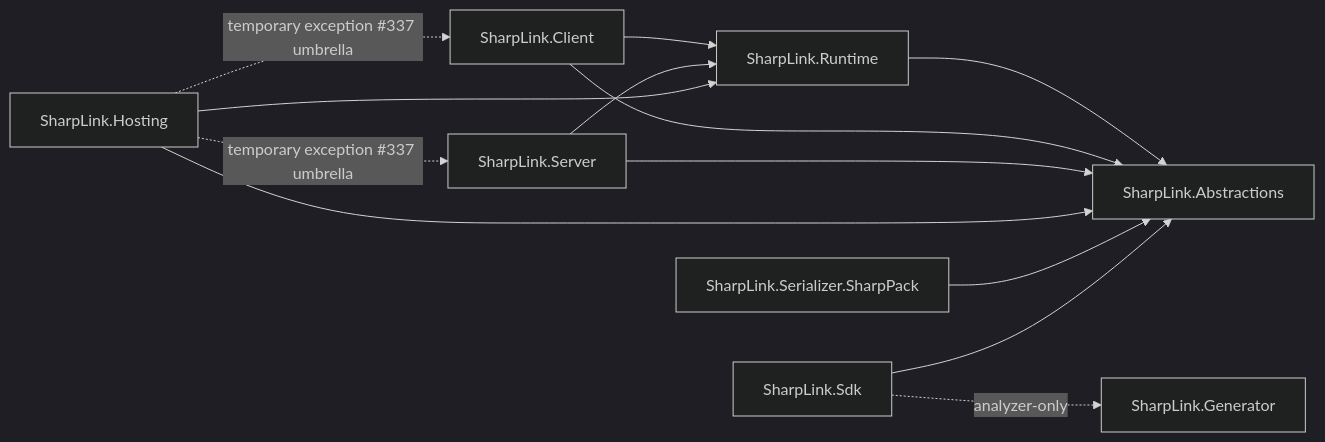
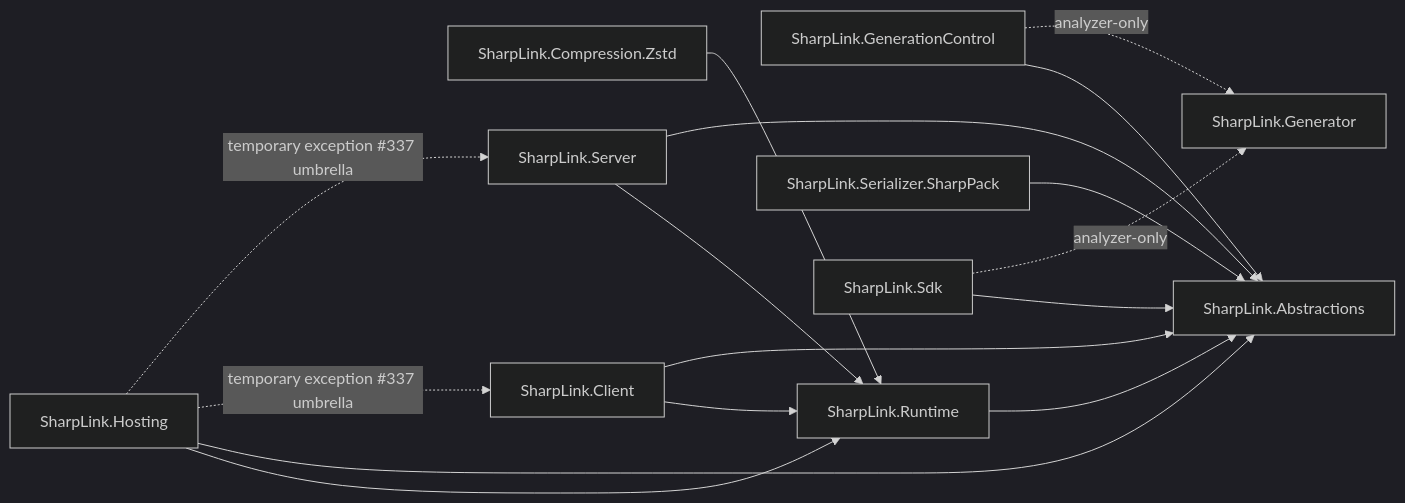
Before and after one commit to SunSi12138/SharpLink: the diagram in doc/project-reference-boundaries.md, drawn with Mermaid (dark theme). The commit also changed other lines of this file and 21 other files, not shown here.

Commit message:
feat: add generation control extension

````diff
--- a/doc/project-reference-boundaries.md
+++ b/doc/project-reference-boundaries.md
@@ -28,15 +30,18 @@
 ```mermaid
 graph LR
+    GenerationControl[SharpLink.GenerationControl] --> Abstractions[SharpLink.Abstractions]
+    GenerationControl -. analyzer-only .-> Generator[SharpLink.Generator]
     Runtime[SharpLink.Runtime] --> Abstractions[SharpLink.Abstractions]
+    Compression[SharpLink.Compression.Zstd] --> Runtime
     Client[SharpLink.Client] --> Runtime
     Client --> Abstractions
     Server[SharpLink.Server] --> Runtime
     Server --> Abstractions
     Hosting[SharpLink.Hosting] --> Runtime
     Hosting --> Abstractions
     Serializer[SharpLink.Serializer.SharpPack] --> Abstractions
     Sdk[SharpLink.Sdk] --> Abstractions
     Sdk -. analyzer-only .-> Generator[SharpLink.Generator]
     Hosting -. temporary exception #337 umbrella .-> Client
     Hosting -. temporary exception #337 umbrella .-> Server
 ```
````
